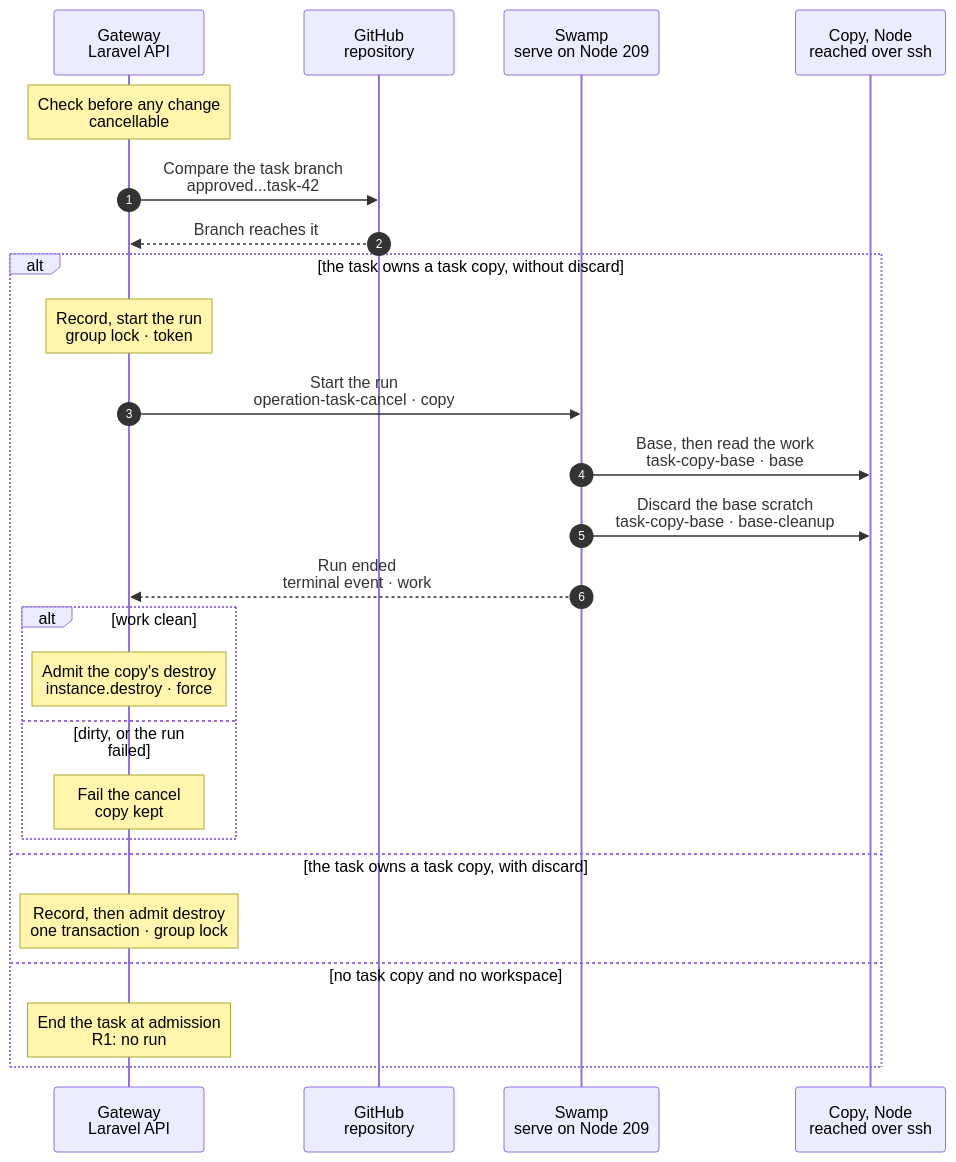
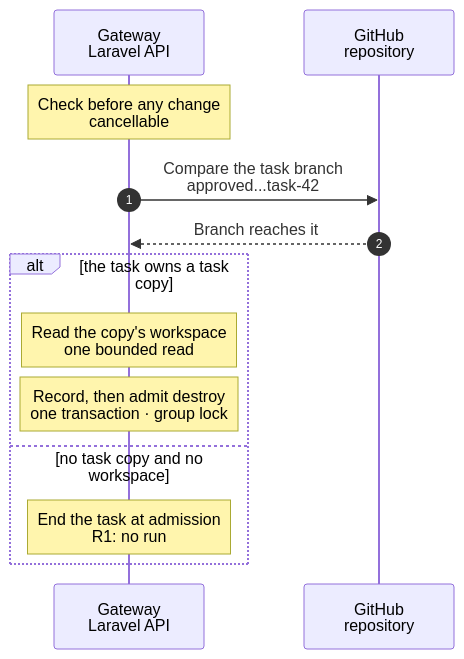
The diagram in docs/cli/task/cancel.mmd (hardimpactdev/orbit), drawn with Mermaid before and after one commit. The commit also changed 7 other files, not shown here.

First line of the commit message:
feat(tasks): a copy cancel counts committed work by its content on the default branch

```diff
--- a/docs/cli/task/cancel.mmd
+++ b/docs/cli/task/cancel.mmd
@@ -1,87 +1,58 @@
 sequenceDiagram
   %% Target design: orchestrator 2026-11-08: keeping approved work is a precondition of the cancel, not a step of it. 2026-11-15: the task VMs and their release are removed (docs/reference/old-paths.md); a cancel starts no run. 2026-11-16: the place release workflows are deleted; `operation-task-cancel` keeps its inputs and its end check, and calls no release.
-  %% Orchestrator 2026-11-13: a task copy ends through its Instance destroy. Orchestrator 2026-11-14: work that only the copy holds, or a copy that cannot be read, refuses the cancel unless the caller discards it; the cancel is recorded under the group lock, in one transaction with the destroy's admission, after the destroy's reads. A commit a publish pushed counts as on origin. 2026-11-16 (group 5615): published means content on the default branch, not commit SHAs: without discard the cancel of a copy runs the copy's `base` phase, the one task:sync runs, and its content read decides; a squash-merged or hand-carried copy cancels without discard.
+  %% Orchestrator 2026-11-13: a task copy ends through its Instance destroy. Orchestrator 2026-11-14: work that only the copy holds, or a copy that cannot be read, refuses the cancel unless the caller discards it; the cancel is recorded under the group lock, in one transaction with the destroy's admission, after the destroy's reads. A commit a publish pushed counts as on origin. 2026-11-16 (group 5615): published means content on the default branch, not commit SHAs: the copy's content read, made by the `base` phase that task:sync runs, decides for committed work, so a squash-merged or hand-carried copy cancels without discard.
   %% status: draft
   %% command: task:cancel
   %% kind: tasks.cancel
   autonumber
   %% lane GW icon=gateway pill=intent tone=blue
   %% lane GH icon=server pill=target tone=purple
-  %% lane SW icon=workflow pill=executes tone=green
-  %% lane N icon=server pill=target tone=amber
   participant GW as Gateway<br/>Laravel API
   participant GH as GitHub<br/>repository
-  participant SW as Swamp<br/>serve on Node 209
-  participant N as Copy, Node<br/>reached over ssh
   Note over GW: Check before any change<br/>cancellable
   %%> Requirements:
   %%> - the group is cancellable; otherwise `tasks.not_cancellable`
   %%> - every refusal here and in the next step comes before the cancel stops running work, so a refused cancel changes nothing
   GW->>GH: Compare the task branch<br/>approved...task-42
   %%> What it does:
   %%> - resolves the group's latest approved commit: the latest commit Orbit reviewed (ADR 0203), or else the commit of the latest approval
   %%> - reads origin's task branch head and compares it with that commit, with a `contents: read` token
   %%> - only when GitHub answers that the branch does not exist (404) and the group's pull request merged does that pull request's head stand in; the pull request is read with a `pull_requests: read` token
   %%> - skipped when the group has no approval, or holds no workspace
-  %%> - for a task copy, content on the default branch counts too: the copy's latest content read (`work`, of a `task:sync` or a cancel run) is of the copy's current head, holds the approved commit in its history and found every committed path on the default branch
+  %%> - for a task copy, content on the default branch counts too: the copy's latest content read (`work`, of a `task:sync`) is of the copy's current head, holds the approved commit in its history and found every committed path on the default branch
   GH-->>GW: Branch reaches it
   %%> Result:
   %%> - otherwise the cancel refuses with HTTP 409 `tasks.approved_work_unpublished`, names the commit and the branch, and admits nothing: run `task:publish` first
   %%> - every other outcome refuses the same way: a GitHub read that fails, a branch that is gone without a merged pull request
-  alt the task owns a task copy, without discard
-    Note over GW: Record, start the run<br/>group lock · token
+  alt the task owns a task copy
+    Note over GW: Read the copy's workspace<br/>one bounded read
+    %%> What it does:
+    %%> - one SSH call to the copy's Node, bounded at 4 s, reads what the copy holds beyond its seed: commits that origin lacks, uncommitted, untracked and stashed files
+    %%> - a copy never fetches, so the commits that the group's publishes pushed are named to the read as on origin, with their history
+    %%> - a stopped or unreachable copy reads `unknown` with its reason
+    %%> - committed work counts by content, not by commit id: when the copy's latest content read (`work` of a `task:sync`, docs/reference/tasks.md#published-work-of-a-copy) is of the head this read sees and found every committed path on the default branch, its local commits count as published, as after a squash merge or a hand-carry
+    %%> Result:
+    %%> - unless the caller discards the work, a copy that holds work (`dirty`: unpublished commits, uncommitted or untracked files, stashes) refuses the cancel with HTTP 409 `tasks.copy_unpublished_work`; its details carry the counts, the head, the commits the read counted and the content verdict `work`: `on_default`, `work_not_on_default`, or `work_unread` when no content read is of this head (run `task:sync`, then cancel again)
+    %%> - unless the caller discards it, a copy that cannot be read (`unknown`) refuses with HTTP 409 `tasks.copy_workspace_unknown`, naming the reason
+    %%> - a `clean` copy goes on; both refusals come before the cancel stops running work, so they change nothing
+    Note over GW: Record, then admit destroy<br/>one transaction · group lock
     %%> Requirements:
     %%> - no Operation holds the copy, such as its create or an earlier destroy; otherwise HTTP 409 `operation.target_busy`, naming it
-    %%> - after the group's running work was asked to stop, no Operation still holds the group; otherwise HTTP 409 `operation.target_busy`, naming it
-    %%> - the copy's container runs; a stopped or asleep copy cannot be read, so it refuses with HTTP 409 `tasks.copy_workspace_unknown` and its `reason`
+    %%> - after the group's running work was asked to stop, no Operation still holds the group, such as a timed-out one whose run nothing has proven ended; otherwise HTTP 409 `operation.target_busy`, naming it, and no destroy is admitted
     %%> What it does:
-    %%> - records the `tasks.cancel` Operation under the group's lock key and starts `operation-task-cancel` with the copy's intent, as `task:sync` captures it
-    %%> - mints the read token as `task:sync` does (`contents: read`, valid one hour) into a vault key of the run; the run gets only the key name
-    %%> Result:
-    %%> - HTTP 202 with the running Operation; the group runs on, and its lock keeps every turn, check and publish out until the run ends
-    GW->>SW: Start the run<br/>operation-task-cancel · copy
-    SW->>N: Base, then read the work<br/>task-copy-base · base
-    %%> What it does:
-    %%> - the `base` phase of `task:sync`: brings the current default head into `refs/remotes/origin/<default>` of the copy through its Node mirror and one bundle; no credential enters the copy
-    %%> - then, as `agent`, one content read: every path that HEAD changed since its merge base with the default head (adds, edits, deletes, modes; a rename is a delete and an add) must hold the same content on the default head, or in a commit that a `task:publish` of the group pushed
-    %%> - empty commits and commits that only repeat published content add nothing, so a squash-merged or hand-carried branch reads `published`
-    %%> - also counts uncommitted and untracked files and stashes: those are never published
-    %%> Result:
-    %%> - `work`: `state` `clean` or `dirty`, `head`, the `paths` count and up to five names that differ, `uncommitted`, `untracked`, `stashes`, and `empty` when HEAD changed nothing
-    SW->>N: Discard the base scratch<br/>task-copy-base · base-cleanup
-    SW-->>GW: Run ended<br/>terminal event · work
-    alt work clean
-      Note over GW: Admit the copy's destroy<br/>instance.destroy · force
-      %%> What it does:
-      %%> - the destroy's checks and the Schedule stop come first: its replication slot check over SSH, then the stop of the copy's Schedules
-      %%> - admits the normal `instance.destroy` of the copy with force
-      %%> Result:
-      %%> - the cancel succeeds; its result names the destroy Operation and holds the read as `workspace`
-      %%> - when the destroy succeeds, a task that still runs and its open subtasks are `cancelled`, and the task lets go of the copy; a `failed` task stays `failed`
-      %%> - when it fails, the task runs on and keeps the copy; the next cancel reads and admits the destroy again
-    else dirty, or the run failed
-      Note over GW: Fail the cancel<br/>copy kept
-      %%> Result:
-      %%> - `dirty`: the cancel fails with `tasks.copy_unpublished_work`; its details carry the head, the differing paths and the counts
-      %%> - a failed run: `tasks.copy_workspace_unknown`, naming the failed step; the copy stays as it was, apart from its `origin/<default>` ref
-      %%> - the group runs on with its copy; publish the work, or cancel again with discard
-    end
-  else the task owns a task copy, with discard
-    Note over GW: Record, then admit destroy<br/>one transaction · group lock
-    %%> Requirements:
-    %%> - no Operation holds the copy or, after the group's running work was asked to stop, the group; otherwise HTTP 409 `operation.target_busy`, naming it
-    %%> What it does:
-    %%> - reads nothing and starts no run: the destroy's checks and the Schedule stop come first, outside any transaction
+    %%> - the destroy's checks and the Schedule stop come first, outside any transaction: its replication slot check over SSH, then the stop of the copy's Schedules (`schedule.destroy` Operations and their removal in Swamp)
     %%> - then, in the destroy's one transaction, records the cancel under the group's lock key first and admits the normal `instance.destroy` of the copy with force
     %%> - an Operation that takes the group lock first makes the record refuse with HTTP 409 `operation.target_busy`; the transaction rolls back, so a refused cancel never admits the destroy; the copy's Schedules stay stopped
     %%> Result:
-    %%> - the cancel is recorded as succeeded at once (R1); its result names the destroy Operation; the destroy ends the task as above
+    %%> - the cancel is recorded as succeeded at once (R1); its result names the destroy Operation and holds the workspace read
+    %%> - the destroy runs as every Instance destroy does; when it succeeds, a task that still runs and its open subtasks are `cancelled`, and the task lets go of the copy; a `failed` task stays `failed`
+    %%> - when it fails, the task runs on and keeps the copy; the next cancel admits the destroy again; a stopped or half-removed copy may read `unknown`, so that cancel may need the discard
   else no task copy and no workspace
     Note over GW: End the task at admission<br/>R1: no run
     %%> When:
     %%> - the task holds no workspace, such as a `todo` task or one whose task VM was removed; its open Operations are cancelled first
     %%> - a task that still holds a workspace that is no task copy (a task VM workspace) refuses with HTTP 409 `tasks.workspace_ownership_refused`: nothing can release it any more
     %%> Result:
     %%> - in the admission transaction, the task and its open subtasks are `cancelled` and the Operation is recorded as succeeded; no Swamp run starts (R1)
     %%> - the HTTP 202 already carries the succeeded Operation, so `task:show` reads `cancelled` from then on
   end
```
